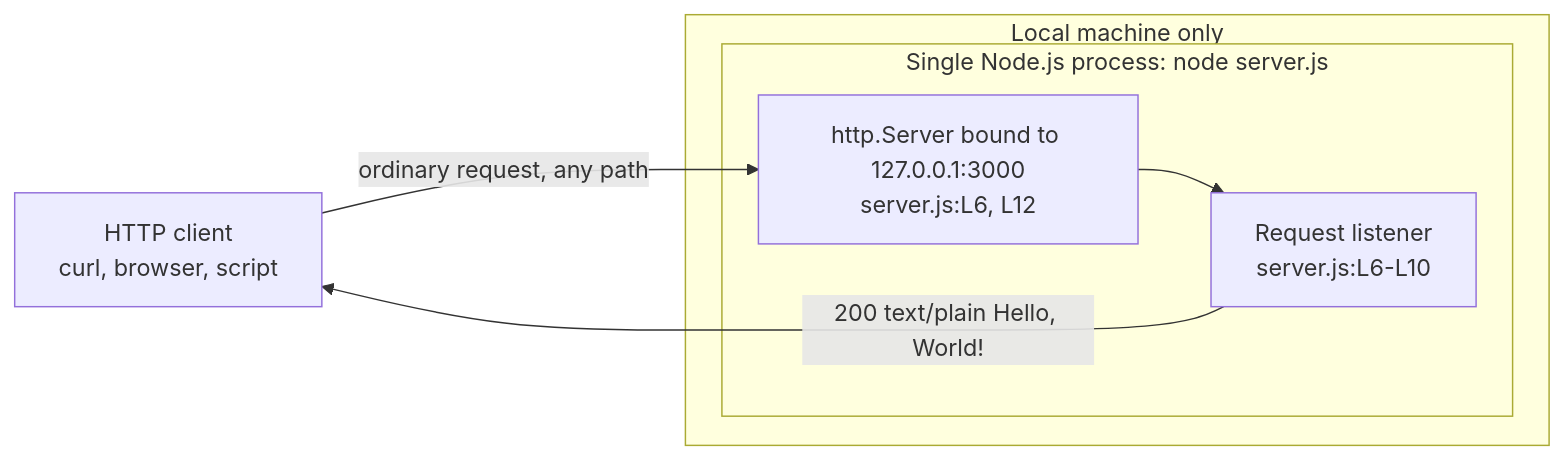
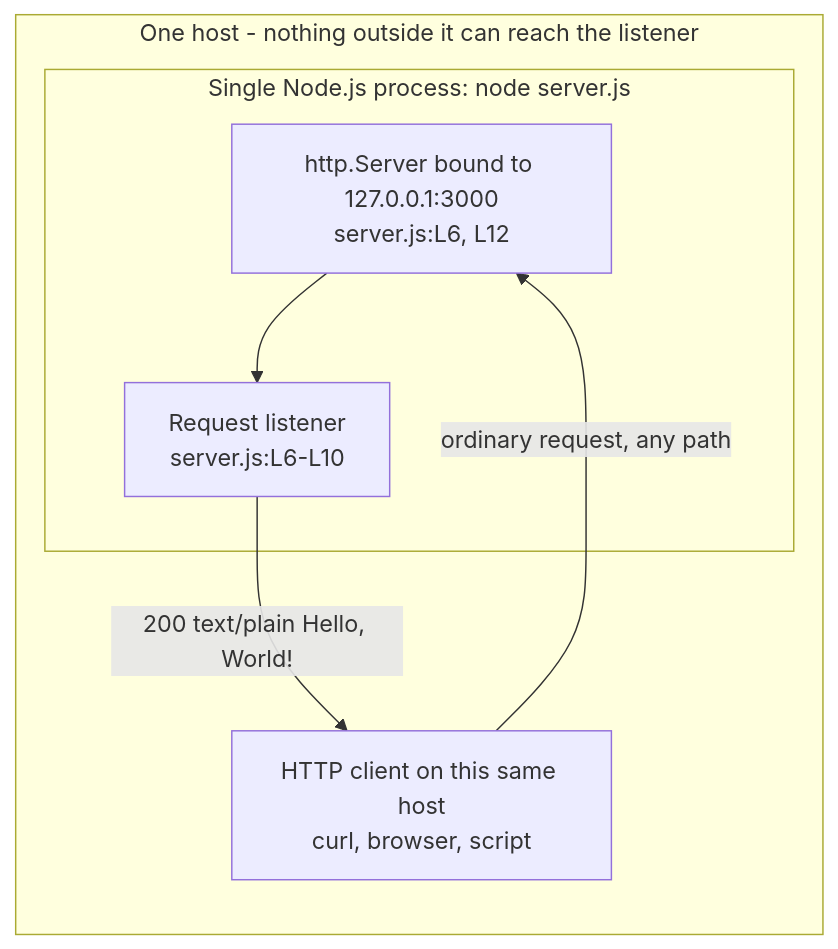
Before and after one commit to Sandeep01Kumar/existing-projects-qa-test-03-dec: the first of 2 diagrams in README.md, drawn with Mermaid. The commit also changed other lines of this file and 18 other files, not shown here.

````diff
--- a/README.md
+++ b/README.md
@@ -81,15 +82,17 @@
 ```mermaid
 flowchart LR
-    C["HTTP client<br/>curl, browser, script"]
-    subgraph HOST["Local machine only"]
+    subgraph HOST["One host - nothing outside it can reach the listener"]
+        C["HTTP client on this same host<br/>curl, browser, script"]
         subgraph PROC["Single Node.js process: node server.js"]
             L["http.Server bound to 127.0.0.1:3000<br/>server.js:L6, L12"]
             H["Request listener<br/>server.js:L6-L10"]
             L --> H
         end
+        C -->|"ordinary request, any path"| L
+        H -->|"200 text/plain Hello, World!"| C
     end
-    C -->|"ordinary request, any path"| L
-    H -->|"200 text/plain Hello, World!"| C
-%% One process, one listener, one client. No database, cache, queue,
-%% load balancer or second service exists in this system.
+%% One process, one listener, one client, and the client is inside the host
+%% boundary because the loopback binding at server.js:L3 admits no off-host
+%% connection. No database, cache, queue, load balancer or second service
+%% exists in this system.
 ```
````
